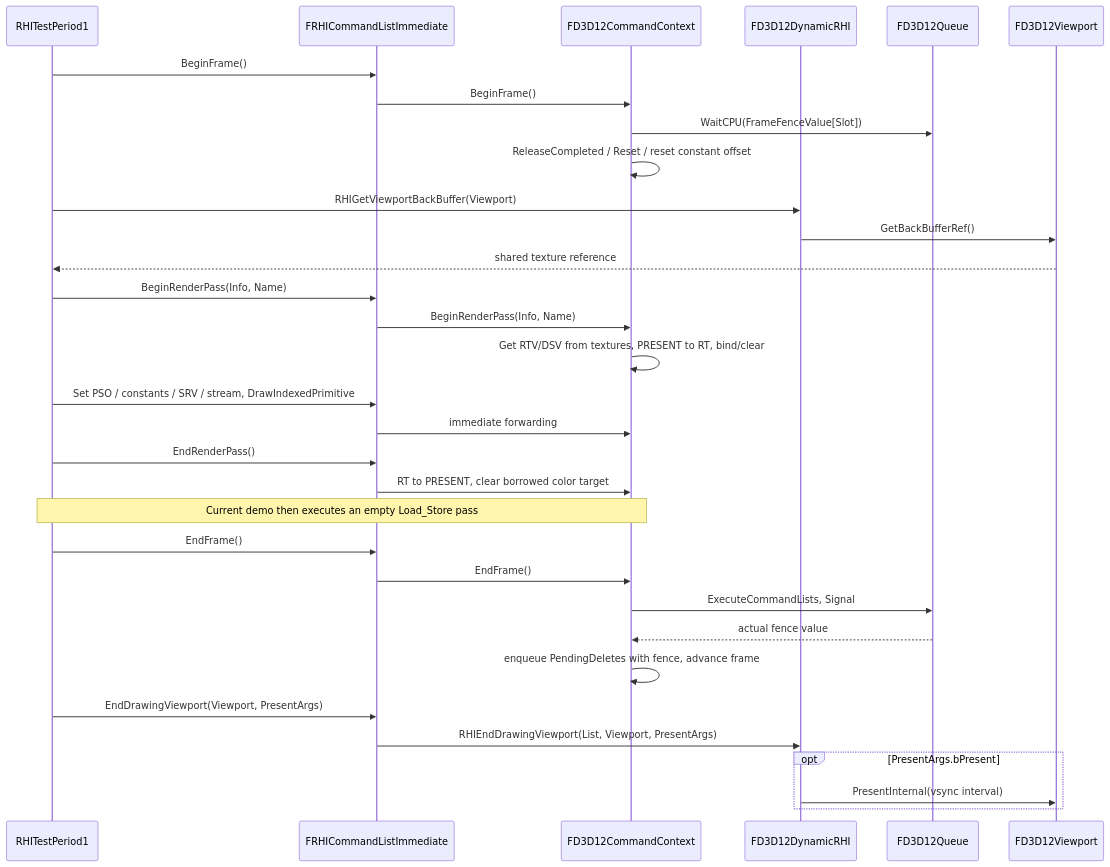
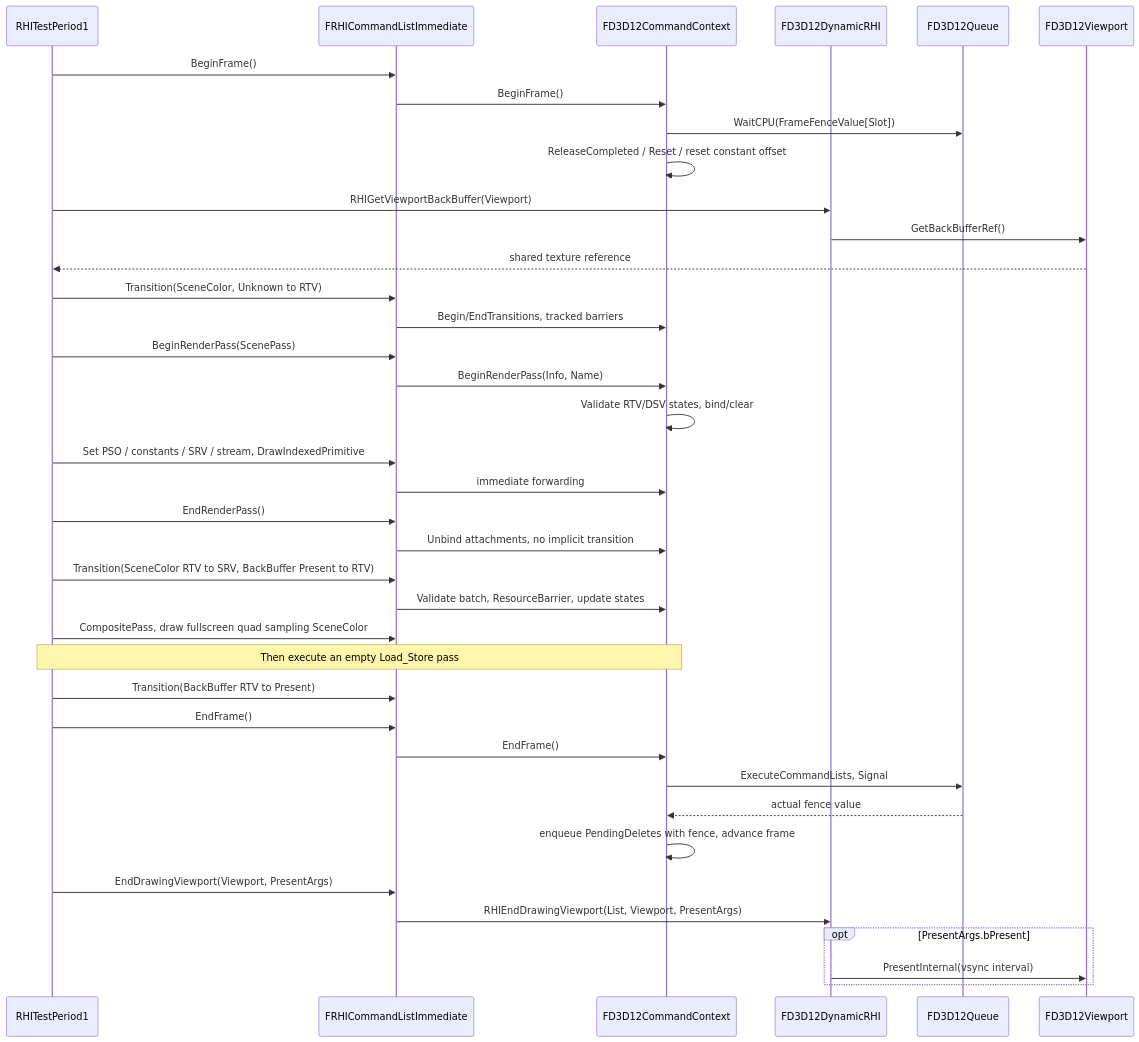
Before and after one commit to TailSeries/BaseTestEngine: the sixth of 8 diagrams in Source/D3D12RHI_UML.md, drawn with Mermaid. The commit also changed other lines of this file and 2238 other files, not shown here.

````diff
--- a/Source/D3D12RHI_UML.md
+++ b/Source/D3D12RHI_UML.md
@@ -433,34 +444,40 @@
 ```mermaid
 sequenceDiagram
 participant App as RHITestPeriod1
 participant List as FRHICommandListImmediate
 participant Context as FD3D12CommandContext
 participant RHI as FD3D12DynamicRHI
 participant Queue as FD3D12Queue
 participant VP as FD3D12Viewport
 App->>List: BeginFrame()
 List->>Context: BeginFrame()
 Context->>Queue: WaitCPU(FrameFenceValue[Slot])
 Context->>Context: ReleaseCompleted / Reset / reset constant offset
 App->>RHI: RHIGetViewportBackBuffer(Viewport)
 RHI->>VP: GetBackBufferRef()
 VP-->>App: shared texture reference
-App->>List: BeginRenderPass(Info, Name)
+App->>List: Transition(SceneColor, Unknown to RTV)
+List->>Context: Begin/EndTransitions, tracked barriers
+App->>List: BeginRenderPass(ScenePass)
 List->>Context: BeginRenderPass(Info, Name)
-Context->>Context: Get RTV/DSV from textures, PRESENT to RT, bind/clear
+Context->>Context: Validate RTV/DSV states, bind/clear
 App->>List: Set PSO / constants / SRV / stream, DrawIndexedPrimitive
 List->>Context: immediate forwarding
 App->>List: EndRenderPass()
-List->>Context: RT to PRESENT, clear borrowed color target
-Note over App,Context: Current demo then executes an empty Load_Store pass
+List->>Context: Unbind attachments, no implicit transition
+App->>List: Transition(SceneColor RTV to SRV, BackBuffer Present to RTV)
+List->>Context: Validate batch, ResourceBarrier, update states
+App->>List: CompositePass, draw fullscreen quad sampling SceneColor
+Note over App,Context: Then execute an empty Load_Store pass
+App->>List: Transition(BackBuffer RTV to Present)
 App->>List: EndFrame()
 List->>Context: EndFrame()
 Context->>Queue: ExecuteCommandLists, Signal
 Queue-->>Context: actual fence value
 Context->>Context: enqueue PendingDeletes with fence, advance frame
 App->>List: EndDrawingViewport(Viewport, PresentArgs)
 List->>RHI: RHIEndDrawingViewport(List, Viewport, PresentArgs)
 opt PresentArgs.bPresent
 RHI->>VP: PresentInternal(vsync interval)
 end
 ```
````
